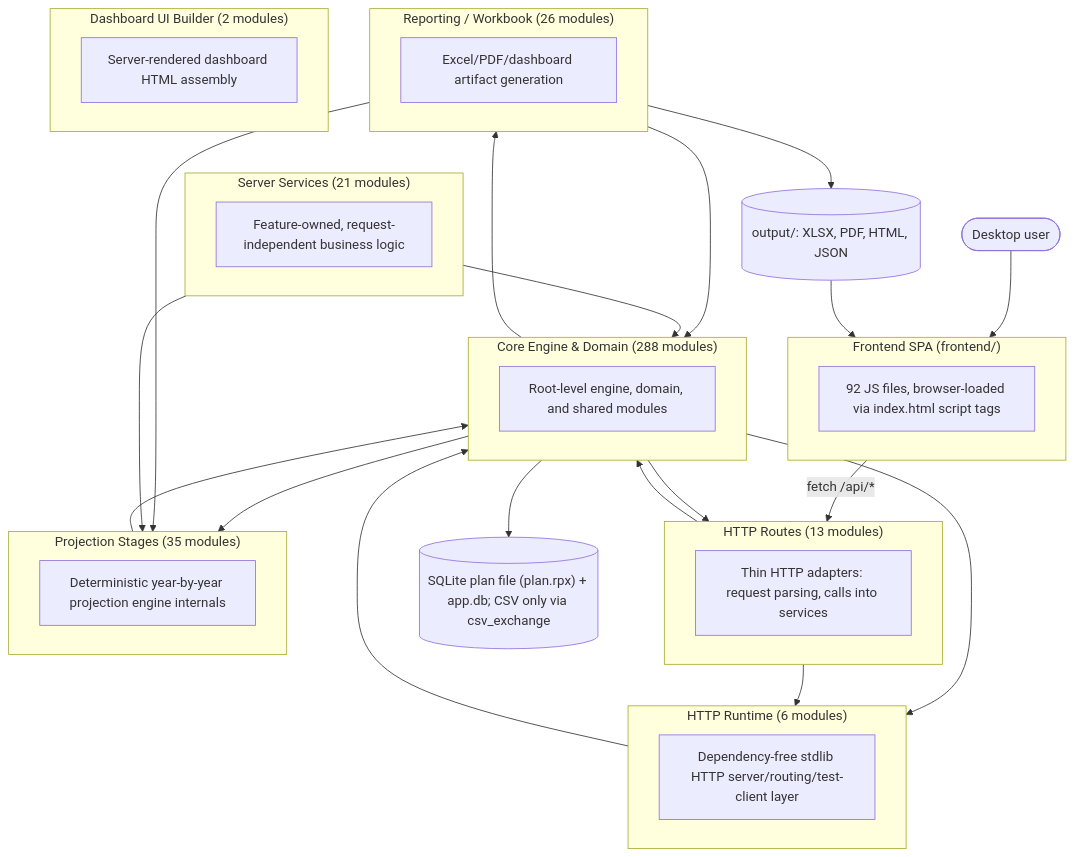
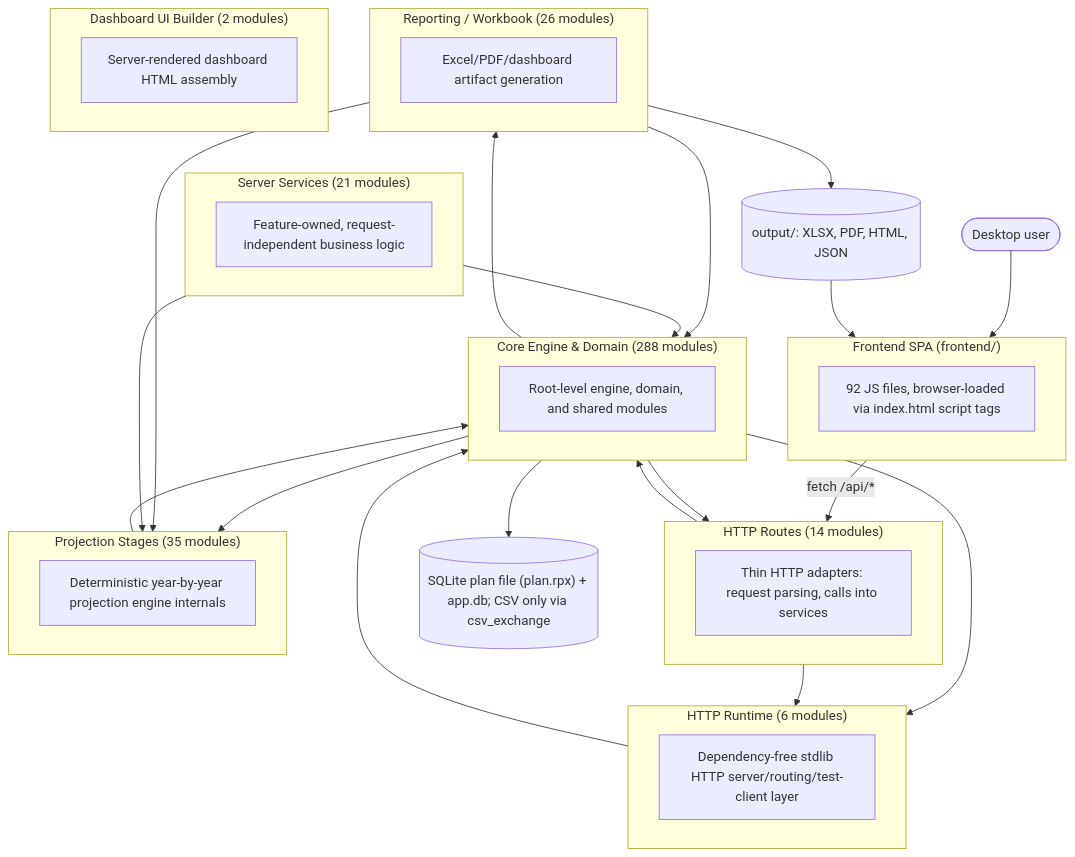
Before and after one commit to matthartzman/retirement_system: the first of 2 diagrams in documentation/reference/SYSTEM_ARCHITECTURE_DIAGRAM.md, drawn with Mermaid. The commit also changed other lines of this file and 5 other files, not shown here.

````diff
--- a/documentation/reference/SYSTEM_ARCHITECTURE_DIAGRAM.md
+++ b/documentation/reference/SYSTEM_ARCHITECTURE_DIAGRAM.md
@@ -11,44 +11,44 @@
 ```mermaid
 flowchart TB
     User(["Desktop user"]) --> FE
     subgraph FE["Frontend SPA (frontend/)"]
         FEcount["92 JS files, browser-loaded via index.html script tags"]
     end
     FE -->|fetch /api/*| L_HTTP_Routes
-    subgraph L_HTTP_Routes["HTTP Routes (13 modules)"]
+    subgraph L_HTTP_Routes["HTTP Routes (14 modules)"]
         L_HTTP_Routes_d["Thin HTTP adapters: request parsing, calls into services"]
     end
     subgraph L_Server_Services["Server Services (21 modules)"]
         L_Server_Services_d["Feature-owned, request-independent business logic"]
     end
     subgraph L_HTTP_Runtime["HTTP Runtime (6 modules)"]
         L_HTTP_Runtime_d["Dependency-free stdlib HTTP server/routing/test-client layer"]
     end
     subgraph L_Core_Engine___Domain["Core Engine & Domain (288 modules)"]
         L_Core_Engine___Domain_d["Root-level engine, domain, and shared modules"]
     end
     subgraph L_Projection_Stages["Projection Stages (35 modules)"]
         L_Projection_Stages_d["Deterministic year-by-year projection engine internals"]
     end
     subgraph L_Reporting___Workbook["Reporting / Workbook (26 modules)"]
         L_Reporting___Workbook_d["Excel/PDF/dashboard artifact generation"]
     end
     subgraph L_Dashboard_UI_Builder["Dashboard UI Builder (2 modules)"]
         L_Dashboard_UI_Builder_d["Server-rendered dashboard HTML assembly"]
     end
     L_Core_Engine___Domain --> L_HTTP_Routes
     L_Core_Engine___Domain --> L_HTTP_Runtime
     L_Core_Engine___Domain --> L_Projection_Stages
     L_Core_Engine___Domain --> L_Reporting___Workbook
     L_HTTP_Routes --> L_Core_Engine___Domain
     L_HTTP_Routes --> L_HTTP_Runtime
     L_HTTP_Runtime --> L_Core_Engine___Domain
     L_Projection_Stages --> L_Core_Engine___Domain
     L_Reporting___Workbook --> L_Core_Engine___Domain
     L_Reporting___Workbook --> L_Projection_Stages
     L_Server_Services --> L_Core_Engine___Domain
     L_Server_Services --> L_Projection_Stages
     L_Core_Engine___Domain --> DB[("SQLite plan file (plan.rpx) + app.db; CSV only via csv_exchange")]
     L_Reporting___Workbook --> Outputs[("output/: XLSX, PDF, HTML, JSON")]
     Outputs --> FE
 ```
````
